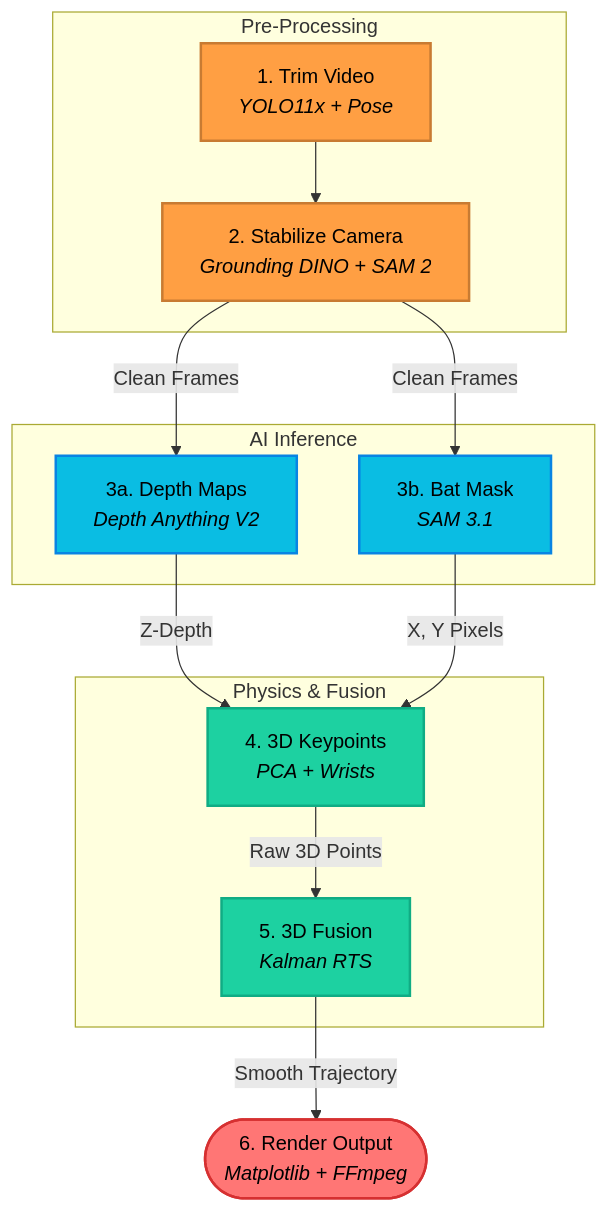
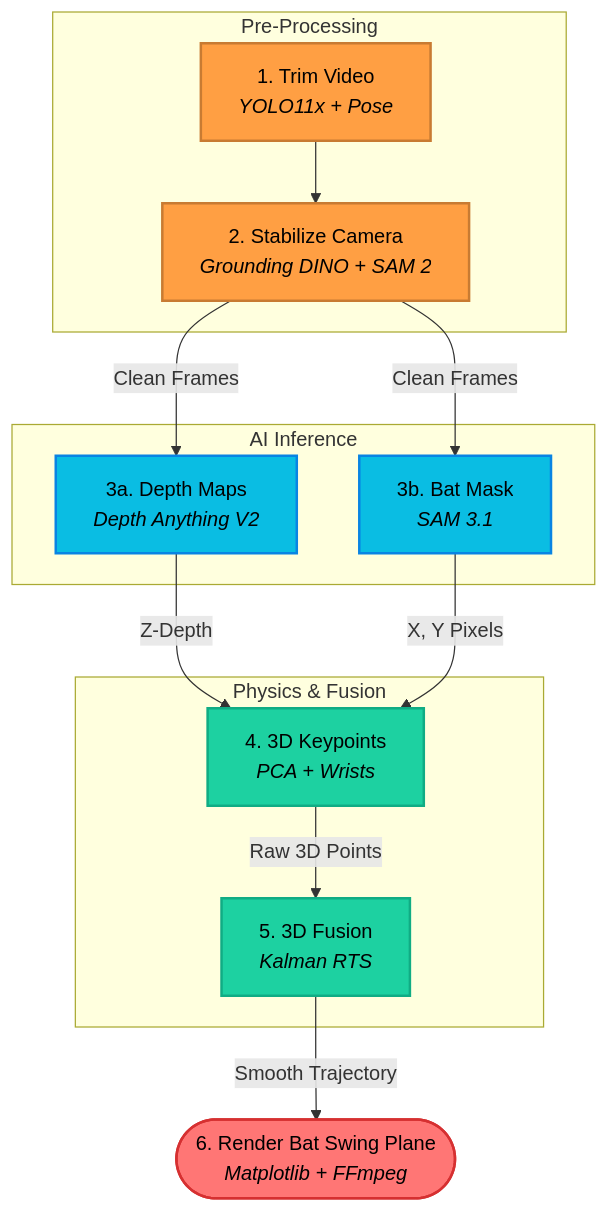
One commit to adnanmsk/blog_privew changed the diagram in blog_draft_2.md. Above: the diagram before and after it, drawn with Mermaid.

Commit message:
Update Mermaid graph render node text

````diff
--- a/blog_draft_2.md
+++ b/blog_draft_2.md
@@ -49,25 +49,25 @@
 ```mermaid
 graph TD
     %% Style Definitions
     classDef prep fill:#ff9f43,stroke:#c87b32,color:#000,stroke-width:2px;
     classDef infer fill:#0abde3,stroke:#0984e3,color:#000,stroke-width:2px;
     classDef phys fill:#1dd1a1,stroke:#10ac84,color:#000,stroke-width:2px;
     classDef out fill:#ff7675,stroke:#d63031,color:#000,stroke-width:2px;
 
     subgraph Pre-Processing
         T[1. Trim Video<br><i>YOLO11x + Pose</i>]:::prep --> S[2. Stabilize Camera<br><i>Grounding DINO + SAM 2</i>]:::prep
     end
     
     subgraph AI Inference
         S -- "Clean Frames" --> D[3a. Depth Maps<br><i>Depth Anything V2</i>]:::infer
         S -- "Clean Frames" --> Seg[3b. Bat Mask<br><i>SAM 3.1</i>]:::infer
     end
     
     subgraph Physics & Fusion
         D -- "Z-Depth" --> K[4. 3D Keypoints<br><i>PCA + Wrists</i>]:::phys
         Seg -- "X, Y Pixels" --> K
         K -- "Raw 3D Points" --> F[5. 3D Fusion<br><i>Kalman RTS</i>]:::phys
     end
     
-    F -- "Smooth Trajectory" --> R([6. Render Output<br><i>Matplotlib + FFmpeg</i>]):::out
+    F -- "Smooth Trajectory" --> R([6. Render Bat Swing Plane<br><i>Matplotlib + FFmpeg</i>]):::out
 ```
````
